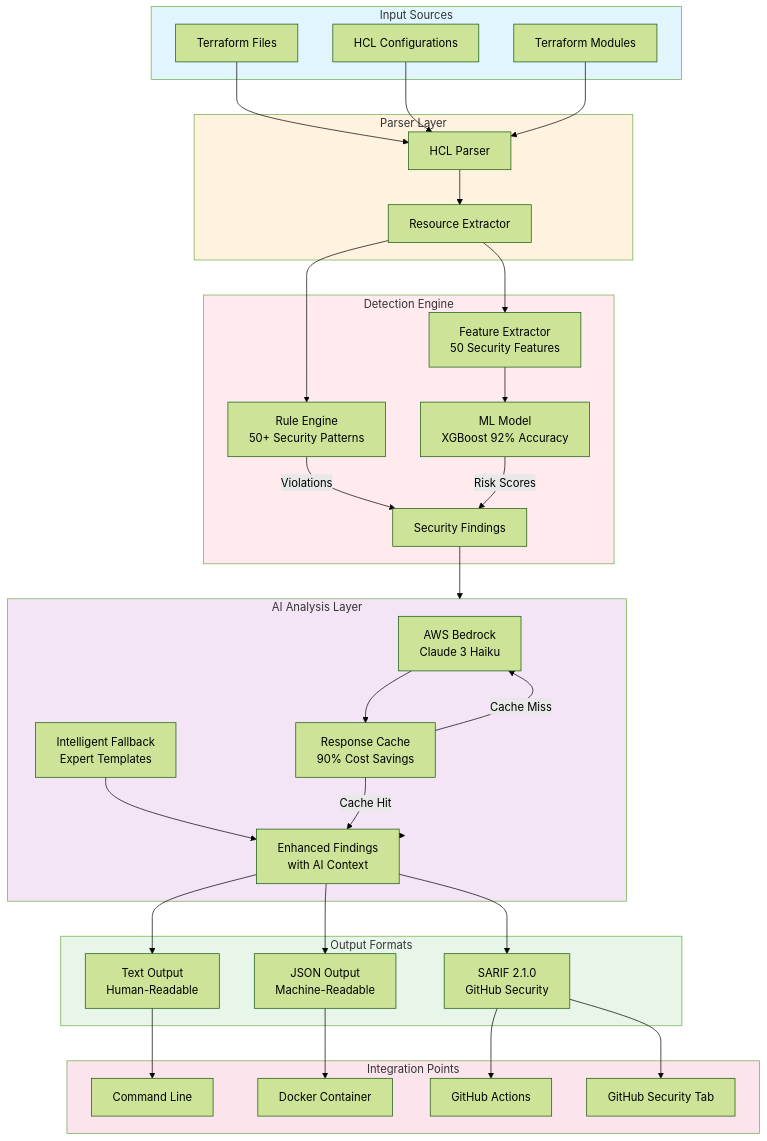
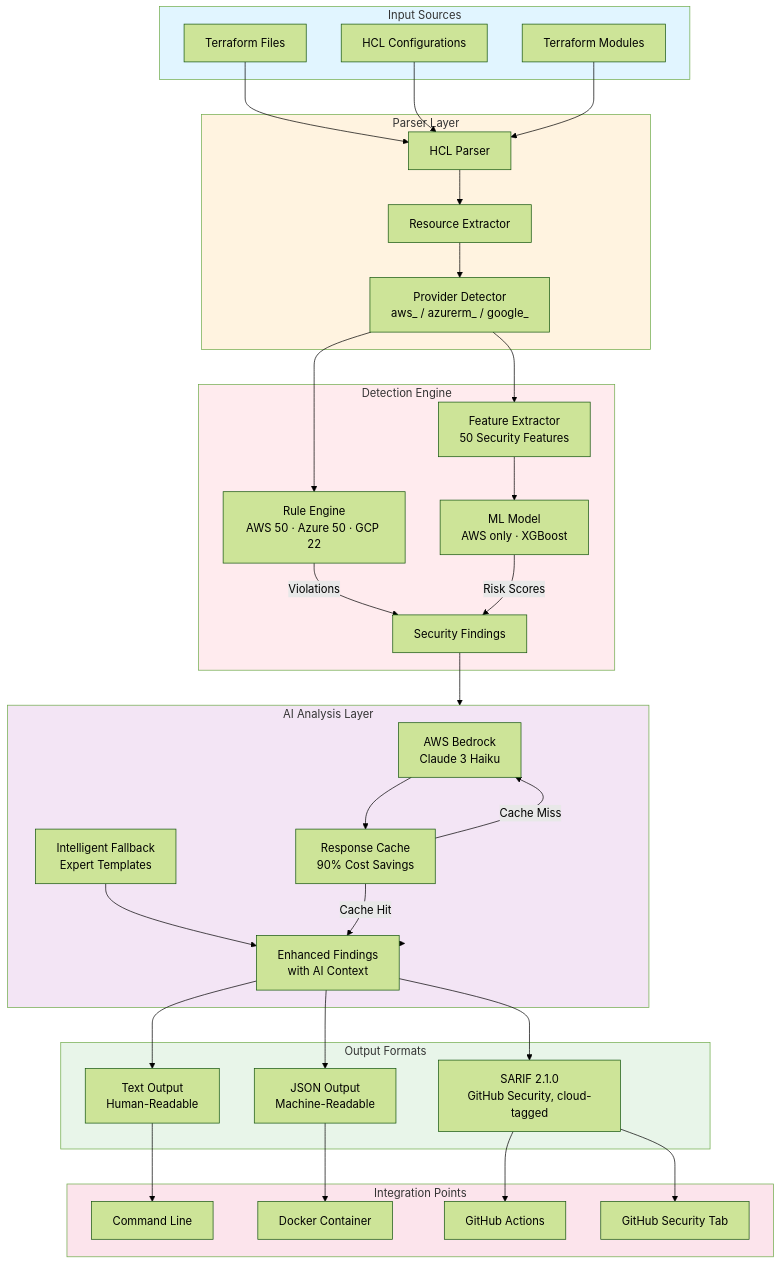
Before and after one commit to JashwanthMU/TerraSecure: the first of 4 diagrams in README.md, drawn with Mermaid (forest theme). The commit also changed other lines of this file and 1 other file, not shown here.

Commit message:
Update README for honest multi-cloud coverage and ML accuracy reporting; ignore scan output artifacts

````diff
--- a/README.md
+++ b/README.md
@@ -156,74 +176,76 @@
 ```mermaid
 flowchart TB
     subgraph Input["  Input Sources"]
         TF[Terraform Files]
         HCL[HCL Configurations]
         MOD[Terraform Modules]
     end
 
     subgraph Parser["  Parser Layer"]
         HP[HCL Parser]
         RE[Resource Extractor]
+        PD[Provider Detector<br/>aws_ / azurerm_ / google_]
         HP --> RE
+        RE --> PD
     end
 
     subgraph Detection["  Detection Engine"]
-        RULES[Rule Engine<br/>50+ Security Patterns]
-        ML[ML Model<br/>XGBoost 92% Accuracy]
+        RULES[Rule Engine<br/>AWS 50 · Azure 50 · GCP 22]
+        ML[ML Model<br/>AWS only · XGBoost]
         FEAT[Feature Extractor<br/>50 Security Features]
         
         RULES --> |Violations|FINDINGS
         ML --> |Risk Scores|FINDINGS
         FEAT --> ML
     end
 
     subgraph AI["  AI Analysis Layer"]
         BEDROCK[AWS Bedrock<br/>Claude 3 Haiku]
         FALLBACK[Intelligent Fallback<br/>Expert Templates]
         CACHE[Response Cache<br/>90% Cost Savings]
         
         BEDROCK --> CACHE
         CACHE --> |Cache Miss|BEDROCK
         CACHE --> |Cache Hit|ENHANCE
         FALLBACK --> ENHANCE
     end
 
     subgraph Output["  Output Formats"]
         TEXT[Text Output<br/>Human-Readable]
         JSON[JSON Output<br/>Machine-Readable]
-        SARIF[SARIF 2.1.0<br/>GitHub Security]
+        SARIF[SARIF 2.1.0<br/>GitHub Security, cloud-tagged]
     end
 
     subgraph Integration["  Integration Points"]
         GH[GitHub Actions]
         DOCKER[Docker Container]
         CLI[Command Line]
         GHSEC[GitHub Security Tab]
     end
 
     TF --> HP
     HCL --> HP
     MOD --> HP
     
-    RE --> RULES
-    RE --> FEAT
+    PD --> RULES
+    PD --> FEAT
     
     FINDINGS[  Security Findings] --> AI
     AI --> ENHANCE[Enhanced Findings<br/>with AI Context]
     
     ENHANCE --> TEXT
     ENHANCE --> JSON
     ENHANCE --> SARIF
     
     TEXT --> CLI
     JSON --> DOCKER
     SARIF --> GH
     SARIF --> GHSEC
     
     style Input fill:#e1f5ff
     style Parser fill:#fff3e0
     style Detection fill:#ffebee
     style AI fill:#f3e5f5
     style Output fill:#e8f5e9
     style Integration fill:#fce4ec
 ```
````
